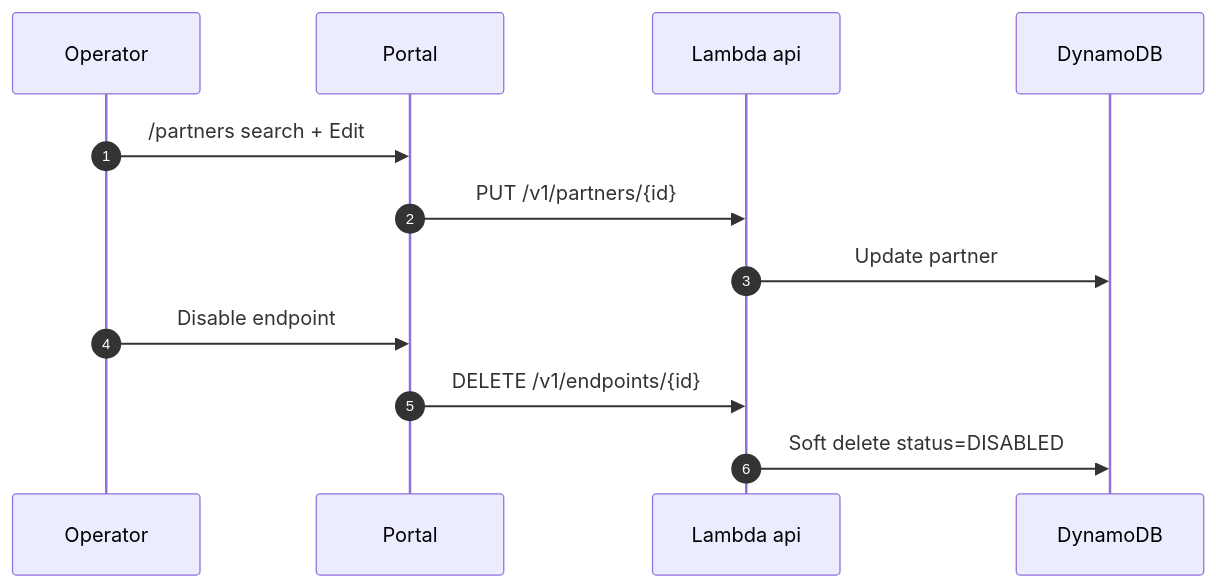
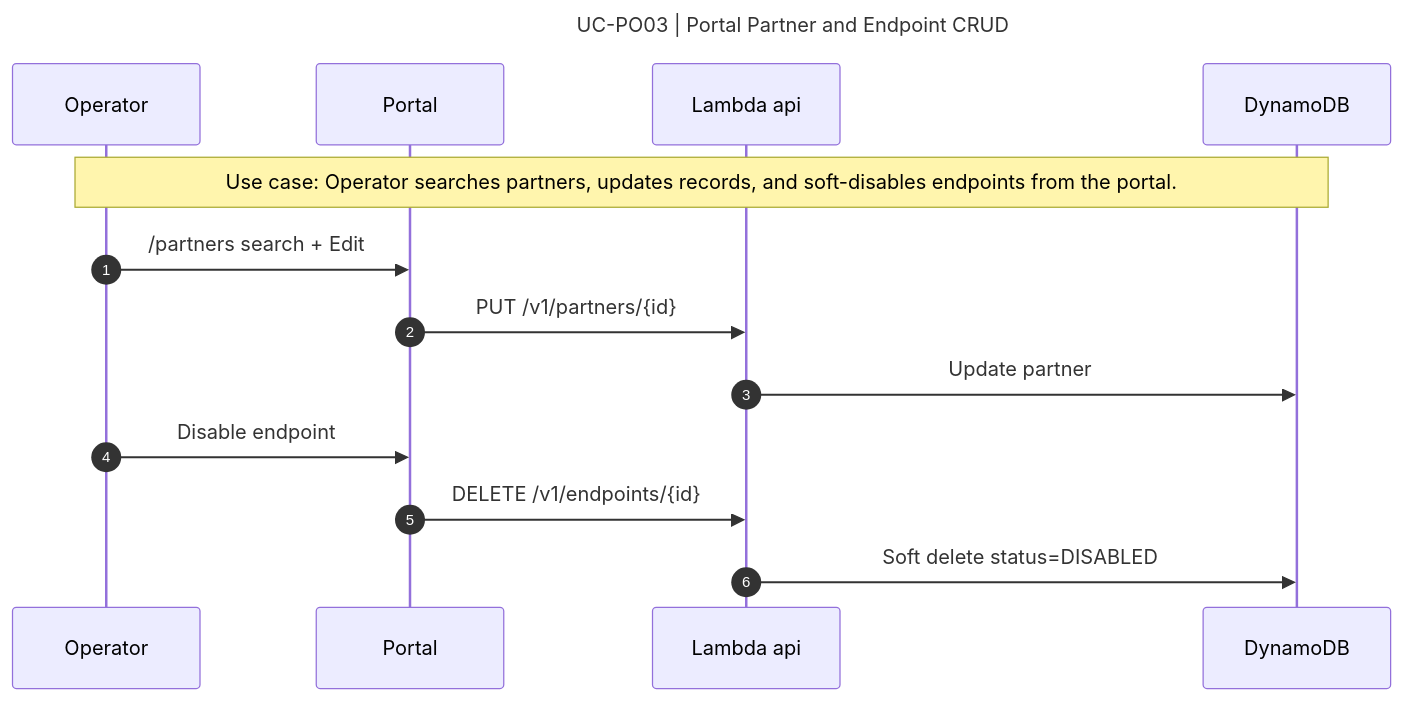
Before and after one commit to bayareala8s/BayRelayAI: the diagram in docs/sequence-diagrams/mmd/UC-PO03.mmd, drawn with Mermaid. The commit also changed 68 other files, not shown here.

First line of the commit message:
Add title and use-case labels to all sequence diagrams.

```diff
--- a/docs/sequence-diagrams/mmd/UC-PO03.mmd
+++ b/docs/sequence-diagrams/mmd/UC-PO03.mmd
@@ -1,13 +1,17 @@
+---
+title: UC-PO03 | Portal Partner and Endpoint CRUD
+---
 sequenceDiagram
   autonumber
   participant Op as Operator
   participant Portal as Portal
   participant API as Lambda api
   participant DDB as DynamoDB
+  Note over Op,DDB: Use case: Operator searches partners, updates records, and soft-disables endpoints from the portal.
 
   Op->>Portal: /partners search + Edit
   Portal->>API: PUT /v1/partners/{id}
   API->>DDB: Update partner
   Op->>Portal: Disable endpoint
   Portal->>API: DELETE /v1/endpoints/{id}
   API->>DDB: Soft delete status=DISABLED
```
